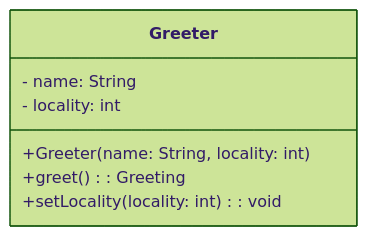
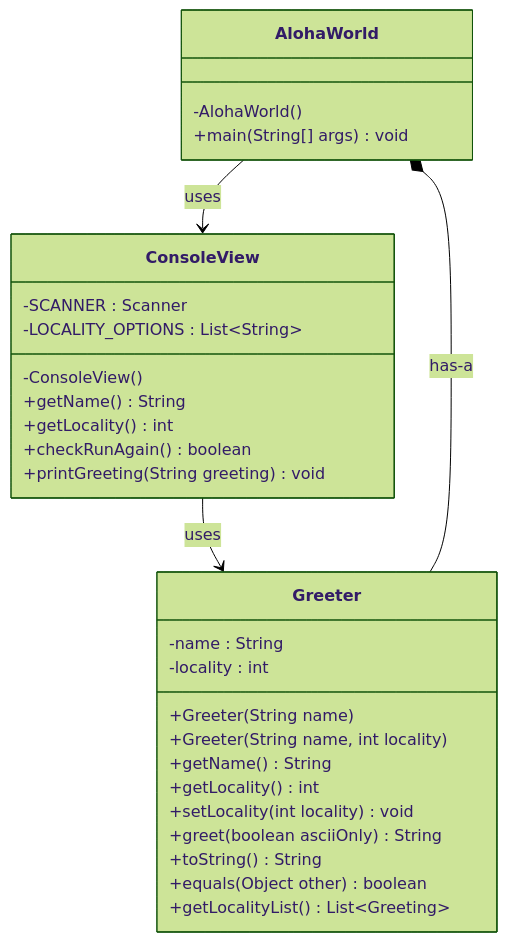
The diagram in homework-01-aloha-world-1/Report.md (anamahmedshamsi12/CS5004-Homework-1-Aloha-World-), drawn with Mermaid (forest theme) before and after one commit. The commit also changed other lines of this file, not shown here.

Commit message:
fixed UML diagram via feedback

````diff
--- a/homework-01-aloha-world-1/Report.md
+++ b/homework-01-aloha-world-1/Report.md
@@ -19,11 +10,36 @@
 ```mermaid
 classDiagram
+
+class AlohaWorld {
+  -AlohaWorld()
+  +main(String[] args) void
+}
+
+class ConsoleView {
+  -SCANNER : Scanner
+  -LOCALITY_OPTIONS : List~String~
+  -ConsoleView()
+  +getName() String
+  +getLocality() int
+  +checkRunAgain() boolean
+  +printGreeting(String greeting) void
+}
+
 class Greeter {
-   - name: String
-   - locality: int
-   
-   +Greeter(name: String, locality: int)
-   +greet(): Greeting
-   +setLocality(locality: int): void
-  }
-  ```
+  -name : String
+  -locality : int
+  +Greeter(String name)
+  +Greeter(String name, int locality)
+  +getName() String
+  +getLocality() int
+  +setLocality(int locality) void
+  +greet(boolean asciiOnly) String
+  +toString() String
+  +equals(Object other) boolean
+  +getLocalityList() List~Greeting~
+}
+
+AlohaWorld --> ConsoleView : uses
+ConsoleView --> Greeter : uses
+AlohaWorld *-- Greeter : has-a
+```
````
